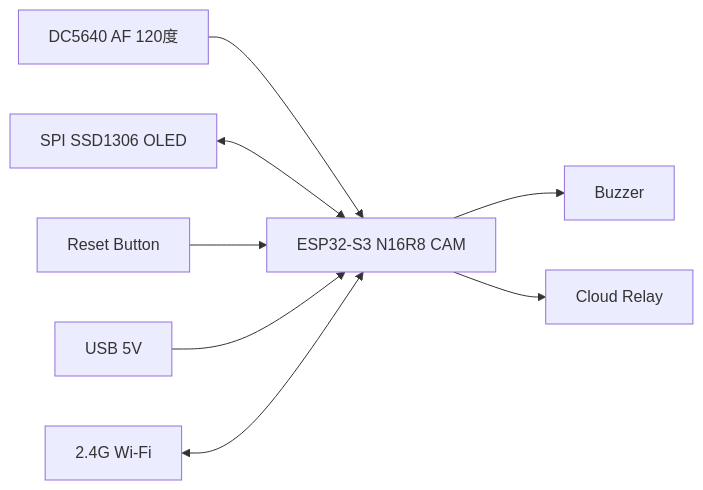
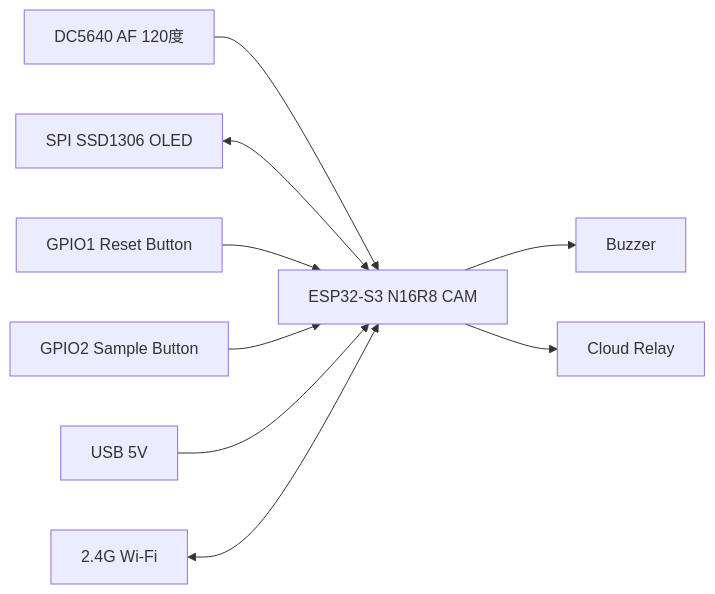
The first of 2 diagrams in embedded/docs/architecture.md (Muye2026/Bell-Robot), drawn with Mermaid before and after one commit. The commit also changed other lines of this file and 13 other files, not shown here.

Commit message:
feat: add sample capture button workflow

````diff
--- a/embedded/docs/architecture.md
+++ b/embedded/docs/architecture.md
@@ -12,10 +12,11 @@
 ```mermaid
 flowchart LR
   Camera["DC5640 AF 120度"] --> MCU["ESP32-S3 N16R8 CAM"]
   OLED["SPI SSD1306 OLED"] <--> MCU
-  Button["Reset Button"] --> MCU
+  ResetButton["GPIO1 Reset Button"] --> MCU
+  SampleButton["GPIO2 Sample Button"] --> MCU
   MCU --> Buzzer["Buzzer"]
   USB["USB 5V"] --> MCU
   Router["2.4G Wi-Fi"] <--> MCU
   MCU --> Cloud["Cloud Relay"]
 ```
````
